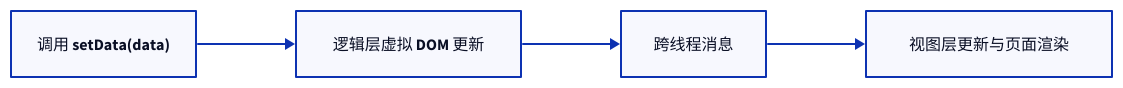
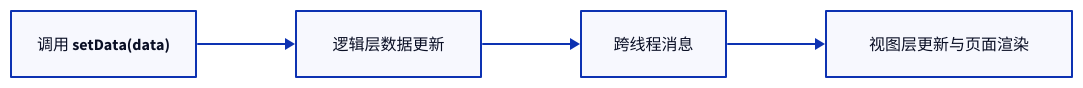
One commit to youngluo/thinking changed the fourth of 10 diagrams in apps/docs/experiences/微信小程序/原理与实践.md. Above: the diagram before and after it, drawn with D2. The commit also changed other lines of this file and 2 other files, not shown here.

Commit message:
docs: refine architecture documentation

````diff
--- a/apps/docs/experiences/微信小程序/原理与实践.md
+++ b/apps/docs/experiences/微信小程序/原理与实践.md
@@ -198,10 +204,10 @@
 ```d2
 direction: right
 
 call: 调用 setData(data)
-logic: 逻辑层虚拟 DOM 更新
+logic: 逻辑层数据更新
 transfer: 跨线程消息
 view: 视图层更新与页面渲染
 
 call -> logic -> transfer -> view
 ```
````
